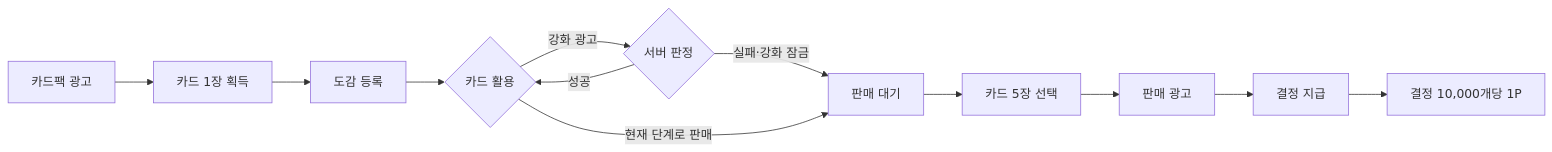
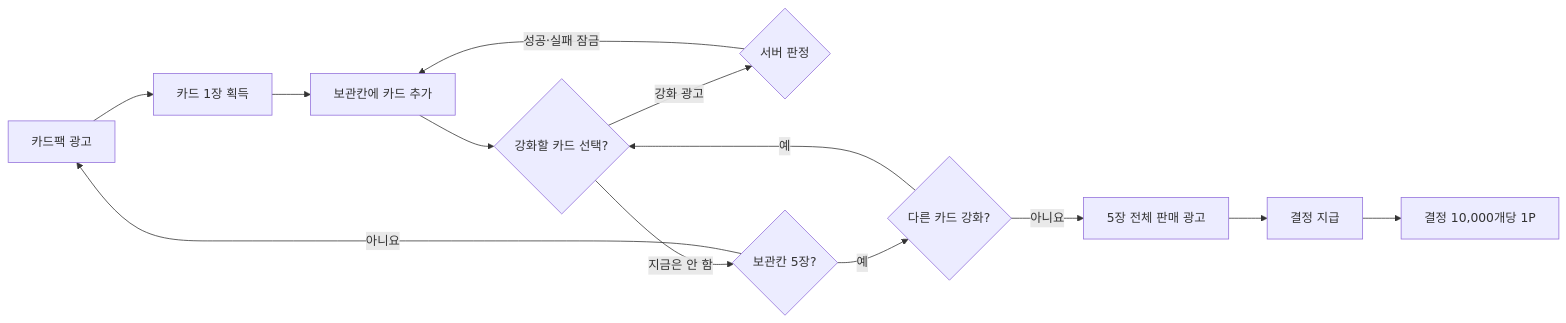
Before and after one commit to bluehawhy/card-forge: the diagram in public/docs/GAME_DESIGN.md, drawn with Mermaid. The commit also changed other lines of this file and 1 other file, not shown here.

````diff
--- a/public/docs/GAME_DESIGN.md
+++ b/public/docs/GAME_DESIGN.md
@@ -20,14 +20,15 @@
 ```mermaid
 flowchart LR
     A[카드팩 광고] --> B[카드 1장 획득]
-    B --> C[도감 등록]
-    C --> D{카드 활용}
+    B --> C[보관칸에 카드 추가]
+    C --> D{강화할 카드 선택?}
     D -->|강화 광고| E{서버 판정}
-    E -->|성공| D
-    E -->|실패·강화 잠금| F[판매 대기]
-    D -->|현재 단계로 판매| F
-    F --> G[카드 5장 선택]
-    G --> H[판매 광고]
+    E -->|성공·실패 잠금| C
+    D -->|지금은 안 함| F{보관칸 5장?}
+    F -->|아니요| A
+    F -->|예| G{다른 카드 강화?}
+    G -->|예| D
+    G -->|아니요| H[5장 전체 판매 광고]
     H --> I[결정 지급]
     I --> J[결정 10,000개당 1P]
 ```
````
